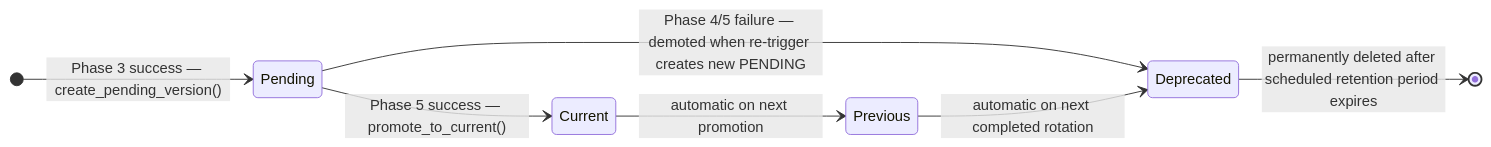
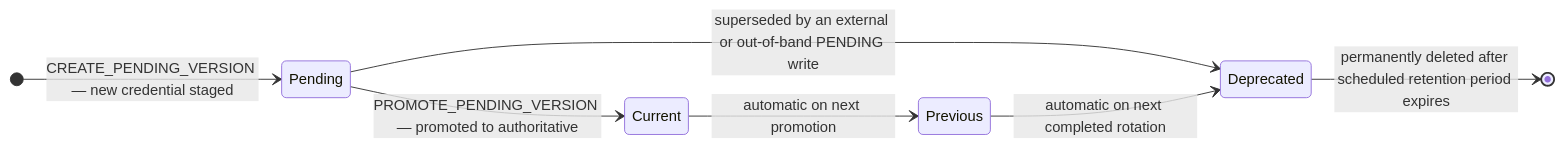
One commit to perspectivism/oci-secret-rotation changed the diagram in docs/adr/0003-rotation-state-machine.md. Above: the diagram before and after it, drawn with Mermaid. The commit also changed other lines of this file and 27 other files, not shown here.

````diff
--- a/docs/adr/0003-rotation-state-machine.md
+++ b/docs/adr/0003-rotation-state-machine.md
@@ -40,10 +46,10 @@
 ```mermaid
 stateDiagram-v2
     direction LR
-    [*] --> Pending : Phase 3 success — create_pending_version()
-    Pending --> Current : Phase 5 success — promote_to_current()
-    Pending --> Deprecated : Phase 4/5 failure — demoted when re-trigger creates new PENDING
+    [*] --> Pending : CREATE_PENDING_VERSION — new credential staged
+    Pending --> Current : PROMOTE_PENDING_VERSION — promoted to authoritative
+    Pending --> Deprecated : superseded by an external or out-of-band PENDING write
     Current --> Previous : automatic on next promotion
     Previous --> Deprecated : automatic on next completed rotation
     Deprecated --> [*] : permanently deleted after scheduled retention period expires
 ```
````
